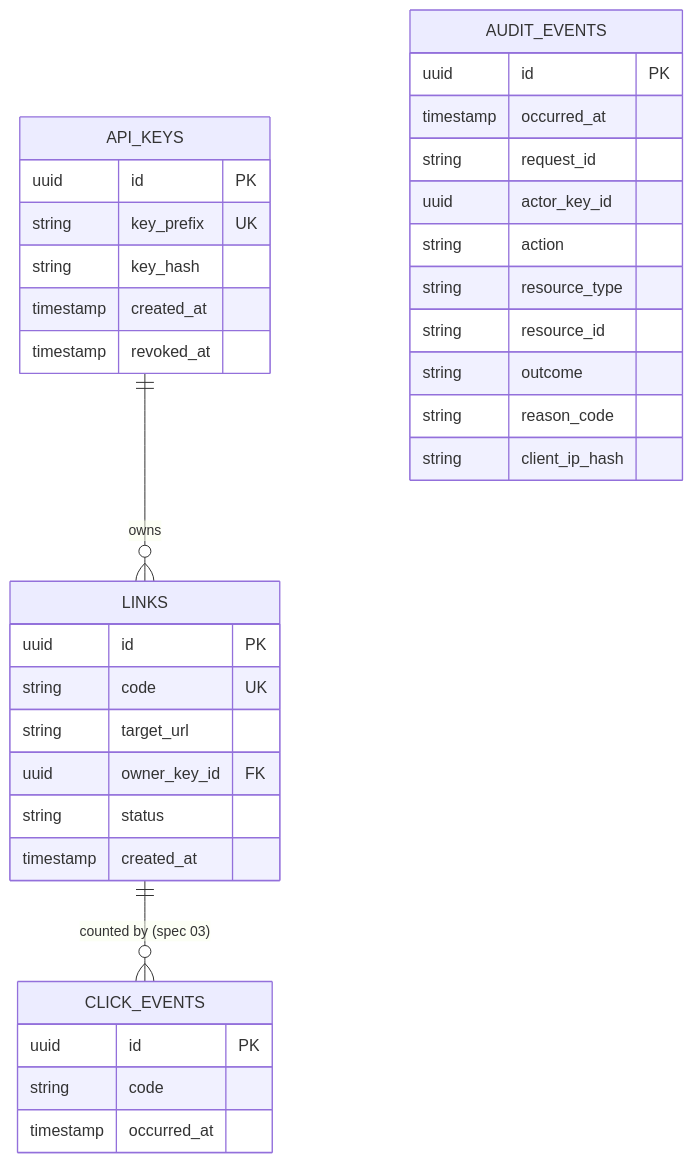
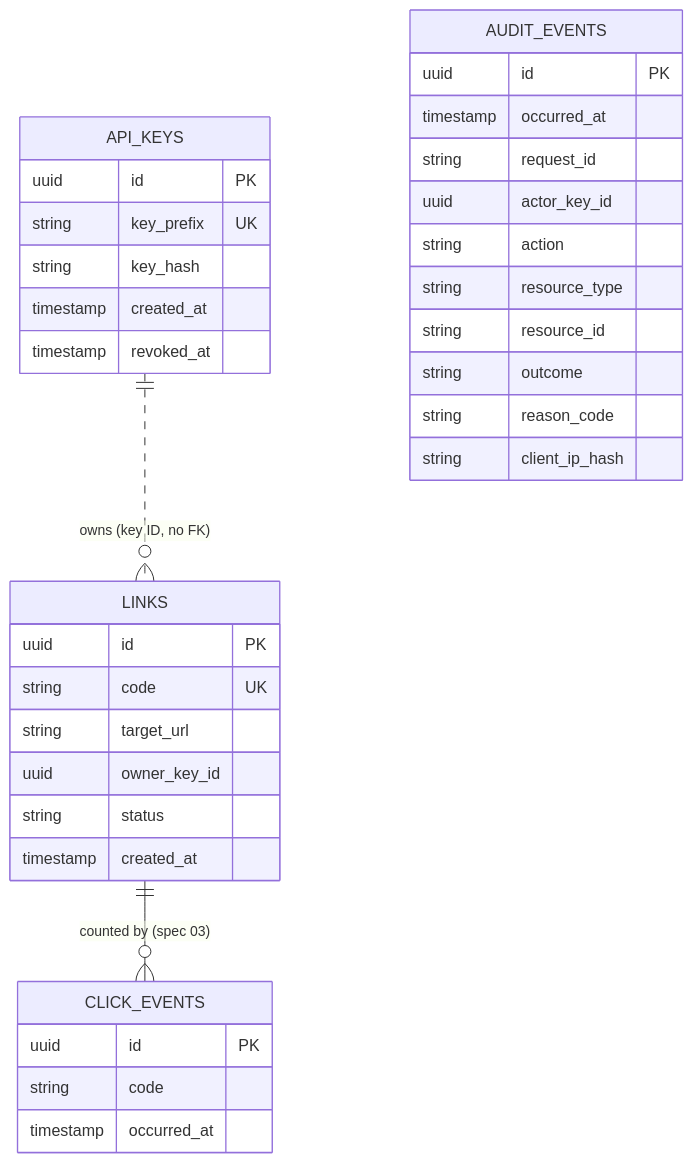
Before and after one commit to harshmittal07/url-shortener: the fifth of 6 diagrams in docs/ARCHITECTURE.md, drawn with Mermaid. The commit also changed other lines of this file and 3 other files, not shown here.

````diff
--- a/docs/ARCHITECTURE.md
+++ b/docs/ARCHITECTURE.md
@@ -128,37 +133,37 @@
 ```mermaid
 erDiagram
-  API_KEYS ||--o{ LINKS : owns
+  API_KEYS ||..o{ LINKS : "owns (key ID, no FK)"
   LINKS ||--o{ CLICK_EVENTS : "counted by (spec 03)"
   API_KEYS {
     uuid id PK
     string key_prefix UK
     string key_hash
     timestamp created_at
     timestamp revoked_at
   }
   LINKS {
     uuid id PK
     string code UK
     string target_url
-    uuid owner_key_id FK
+    uuid owner_key_id
     string status
     timestamp created_at
   }
   AUDIT_EVENTS {
     uuid id PK
     timestamp occurred_at
     string request_id
     uuid actor_key_id
     string action
     string resource_type
     string resource_id
     string outcome
     string reason_code
     string client_ip_hash
   }
   CLICK_EVENTS {
     uuid id PK
     string code
     timestamp occurred_at
   }
 ```
````
